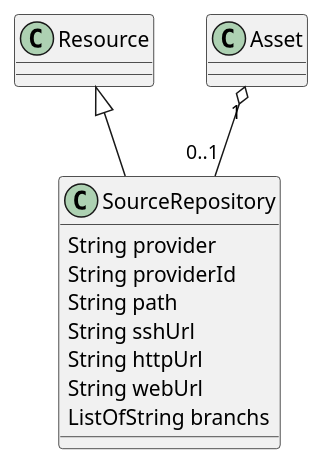
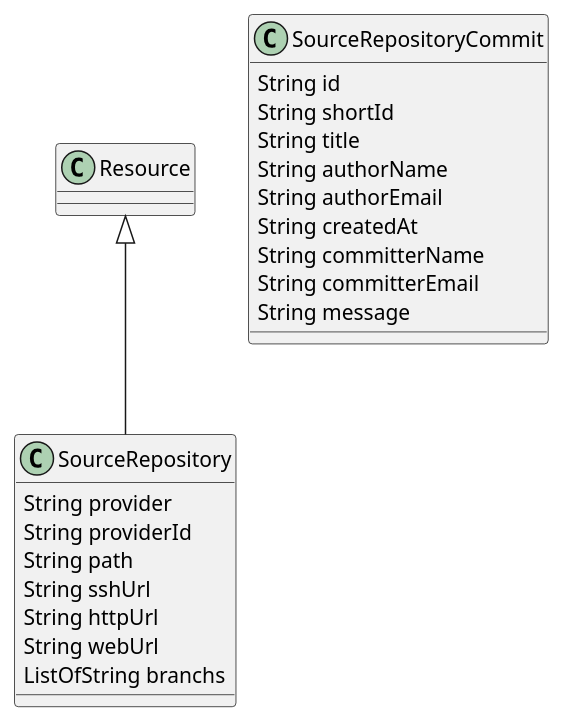
Before and after one commit to kathra-project/specifications: the diagram in Use cases/SourceRepository/model.puml, drawn with PlantUML. The commit also changed 26 other files, not shown here.

```diff
--- a/Use cases/SourceRepository/model.puml
+++ b/Use cases/SourceRepository/model.puml
@@ -1,14 +1,27 @@
 @startuml
 
 class  SourceRepository {
   String provider
   String providerId
   String path
   String sshUrl
   String httpUrl
   String webUrl
   ListOfString branchs
 }
 Resource <|-- SourceRepository
-Asset "1" o-- "0..1"   SourceRepository
+
+class SourceRepositoryCommit {
+  String id
+  String shortId
+  String title
+  String authorName
+  String authorEmail
+  String createdAt
+  String committerName
+  String committerEmail
+  String message
+  
+}
+
 @enduml
```
